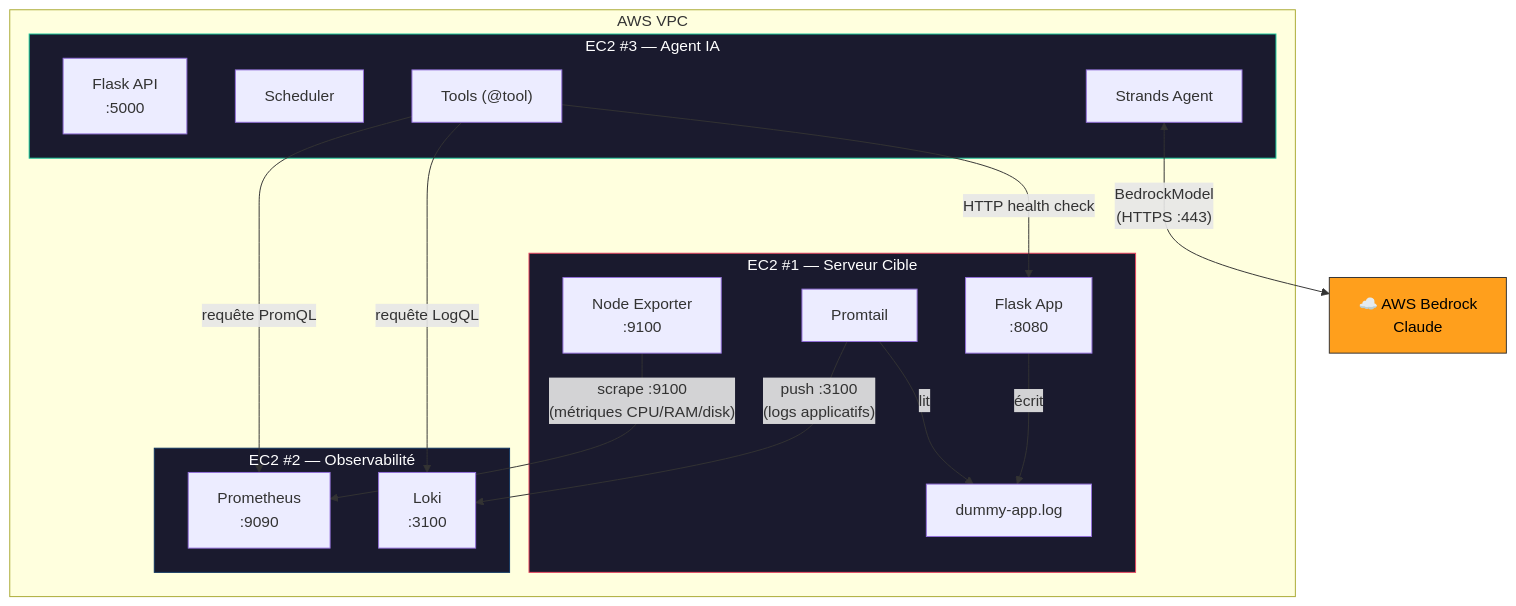
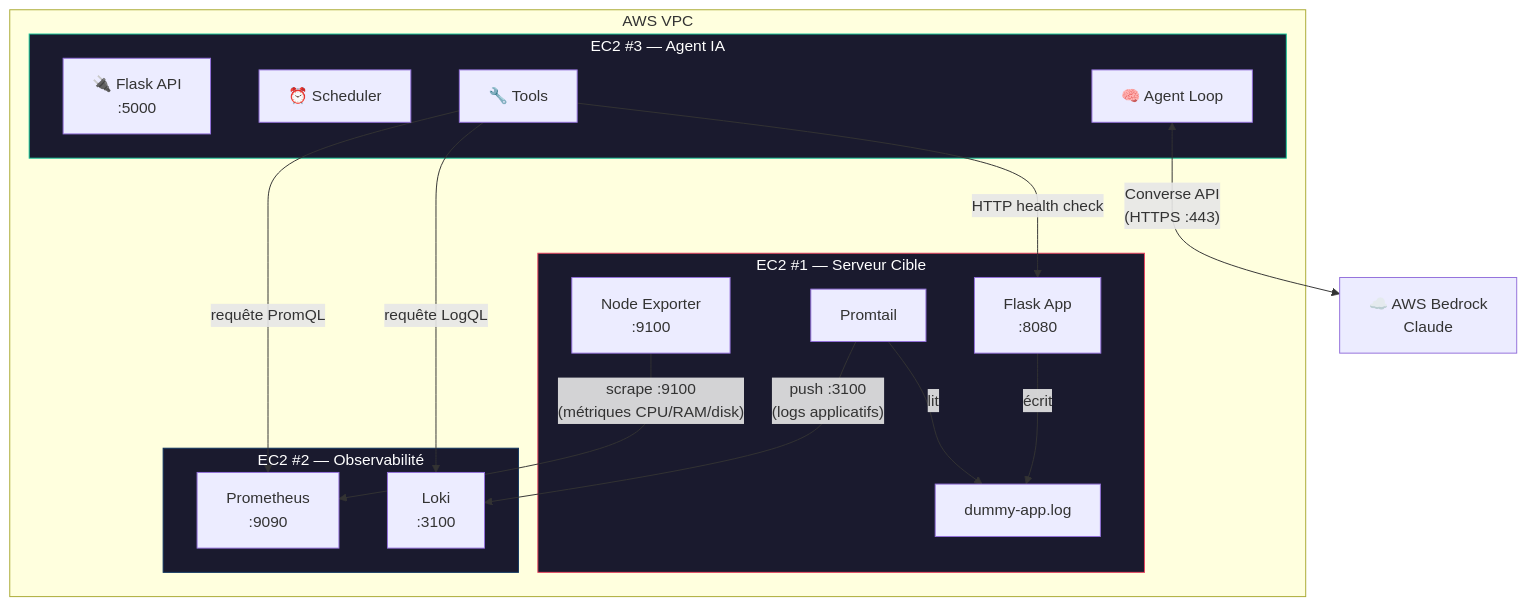
Before and after one commit to RIKIEL-K/monitoring-ia: the first of 6 diagrams in README.md, drawn with Mermaid. The commit also changed other lines of this file, not shown here.

First line of the commit message:
Revise README for AI agent features and tools

````diff
--- a/README.md
+++ b/README.md
@@ -13,36 +14,35 @@
 ```mermaid
 flowchart TB
     subgraph VPC[" AWS VPC"]
         subgraph EC2_1["EC2 #1 — Serveur Cible"]
             APP[" Flask App\n:8080"]
             NE["Node Exporter\n:9100"]
             PT[" Promtail"]
             APP -->|"écrit"| LOGS["dummy-app.log"]
             PT -->|"lit"| LOGS
         end
-        
+
         subgraph EC2_2["EC2 #2 — Observabilité"]
             PROM[" Prometheus\n:9090"]
             LOKI["Loki\n:3100"]
         end
         
         subgraph EC2_3["EC2 #3 — Agent IA"]
-            API[" Flask API\n:5000"]
-            SCHED["Scheduler"]
-            LOOP["Strands Agent"]
-            TOOLS["Tools (@tool)"]
+            API["🔌 Flask API\n:5000"]
+            SCHED["⏰ Scheduler"]
+            LOOP["🧠 Agent Loop"]
+            TOOLS["🔧 Tools"]
         end
     end
-    
+
     NE -->|"scrape :9100\n(métriques CPU/RAM/disk)"| PROM
     PT -->|"push :3100\n(logs applicatifs)"| LOKI
     TOOLS -->|"requête PromQL"| PROM
     TOOLS -->|"requête LogQL"| LOKI
     TOOLS -->|"HTTP health check"| APP
-    LOOP <-->|"BedrockModel\n(HTTPS :443)"| BEDROCK["☁️ AWS Bedrock\nClaude"]
+    LOOP <-->|"Converse API\n(HTTPS :443)"| BEDROCK["☁️ AWS Bedrock\nClaude"]
     
     style EC2_1 fill:#1a1a2e,stroke:#e94560,color:#fff
     style EC2_2 fill:#1a1a2e,stroke:#0f3460,color:#fff
     style EC2_3 fill:#1a1a2e,stroke:#16c79a,color:#fff
-    style BEDROCK fill:#ff9f1c,stroke:#333,color:#000
 ```
````
